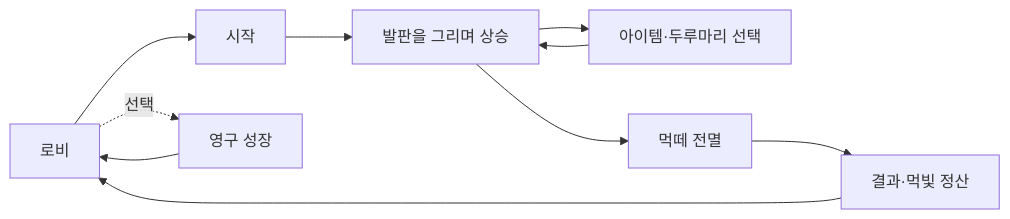
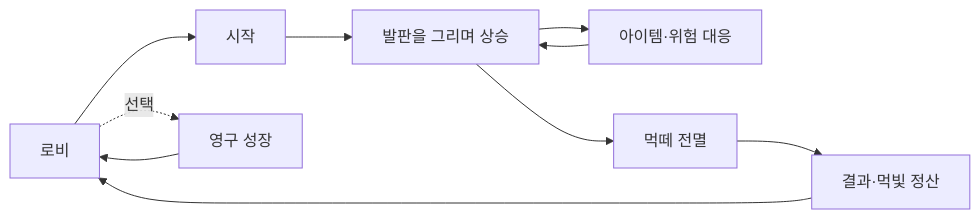
One commit to Team-Swooord/muk-jump changed the diagram in README.md. Above: the diagram before and after it, drawn with Mermaid. The commit also changed other lines of this file and 13 other files, not shown here.

````diff
--- a/README.md
+++ b/README.md
@@ -96,12 +91,12 @@
 ```mermaid
 flowchart LR
     A["로비"] --> B["시작"]
     B --> C["발판을 그리며 상승"]
-    C --> D["아이템·두루마리 선택"]
+    C --> D["아이템·위험 대응"]
     D --> C
     C --> E["먹떼 전멸"]
     E --> F["결과·먹빛 정산"]
     F --> A
     A -. 선택 .-> G["영구 성장"]
     G --> A
 ```
````
